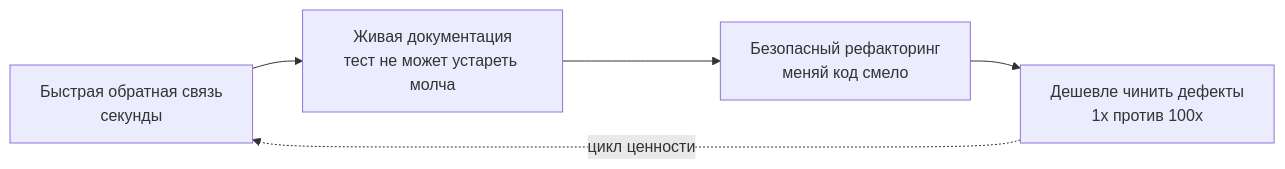
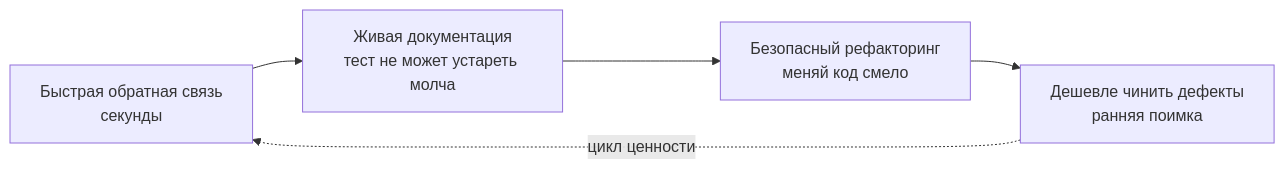
Before and after one commit to LektonSoftwareTestingCourse/Lectures: the second of 6 diagrams in materials/module-04-unit-tests/slides/lecture-01.md, drawn with Mermaid. The commit also changed other lines of this file and 1 other file, not shown here.

````diff
--- a/materials/module-04-unit-tests/slides/lecture-01.md
+++ b/materials/module-04-unit-tests/slides/lecture-01.md
@@ -61,7 +89,7 @@
 ```mermaid
 flowchart LR
     FAST["Быстрая обратная связь<br/>секунды"] --> DOC["Живая документация<br/>тест не может устареть молча"]
     DOC --> REF["Безопасный рефакторинг<br/>меняй код смело"]
-    REF --> ECO["Дешевле чинить дефекты<br/>1x против 100x"]
+    REF --> ECO["Дешевле чинить дефекты<br/>ранняя поимка"]
     ECO -.->|"цикл ценности"| FAST
 ```
````
